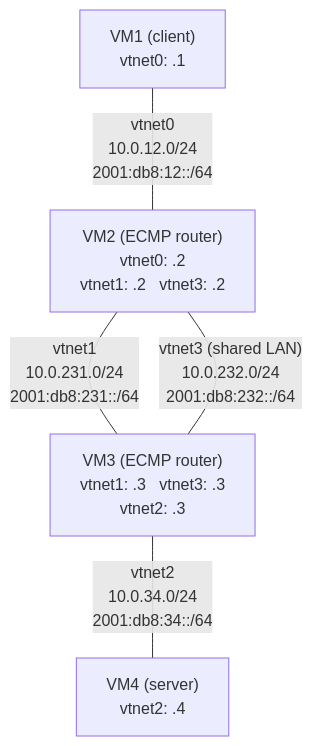
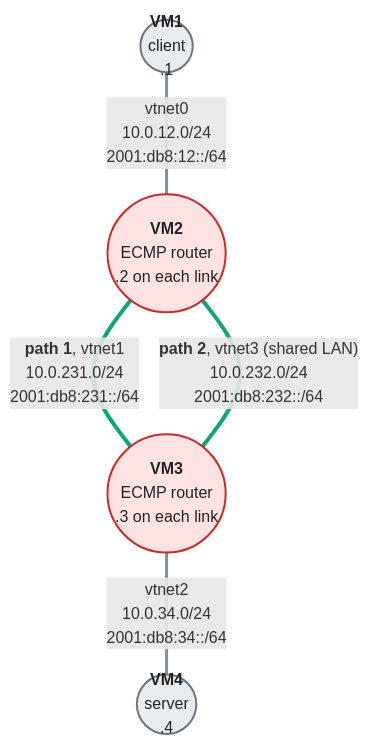
Before and after one commit to ocochard/bsdrp-website: the diagram in docs/documentation/examples/ecmp.md, drawn with Mermaid. The commit also changed 6 other files, not shown here.

First line of the commit message:
examples: one mermaid style for every lab diagram

````diff
--- a/docs/documentation/examples/ecmp.md
+++ b/docs/documentation/examples/ecmp.md
@@ -22,12 +22,22 @@
 ```mermaid
 flowchart TD
-    VM1["VM1 (client)<br/>vtnet0: .1"]
-    VM2["VM2 (ECMP router)<br/>vtnet0: .2<br/>vtnet1: .2 &nbsp; vtnet3: .2"]
-    VM3["VM3 (ECMP router)<br/>vtnet1: .3 &nbsp; vtnet3: .3<br/>vtnet2: .3"]
-    VM4["VM4 (server)<br/>vtnet2: .4"]
+    VM1(("<b>VM1</b><br/>client<br/>.1"))
+    VM2(("<b>VM2</b><br/>ECMP router<br/>.2 on each link"))
+    VM3(("<b>VM3</b><br/>ECMP router<br/>.3 on each link"))
+    VM4(("<b>VM4</b><br/>server<br/>.4"))
 
     VM1 ---|"vtnet0<br/>10.0.12.0/24<br/>2001:db8:12::/64"| VM2
-    VM2 ---|"vtnet1<br/>10.0.231.0/24<br/>2001:db8:231::/64"| VM3
-    VM2 ---|"vtnet3 (shared LAN)<br/>10.0.232.0/24<br/>2001:db8:232::/64"| VM3
+    VM2 ---|"<b>path 1</b>, vtnet1<br/>10.0.231.0/24<br/>2001:db8:231::/64"| VM3
+    VM2 ---|"<b>path 2</b>, vtnet3 (shared LAN)<br/>10.0.232.0/24<br/>2001:db8:232::/64"| VM3
     VM3 ---|"vtnet2<br/>10.0.34.0/24<br/>2001:db8:34::/64"| VM4
+
+    classDef frr fill:#fde2c4,stroke:#d9480f,stroke-width:2px,color:#222
+    classDef bird fill:#d0e4f7,stroke:#1c5fa8,stroke-width:2px,color:#222
+    classDef router fill:#ffe3e3,stroke:#c92a2a,stroke-width:2px,color:#222
+    classDef host fill:#e9ecef,stroke:#6c757d,stroke-width:2px,color:#222
+    class VM1,VM4 host
+    class VM2,VM3 router
+
+    linkStyle 0,3 stroke:#868e96,stroke-width:3px
+    linkStyle 1,2 stroke:#0ca678,stroke-width:4px
 ```
````
